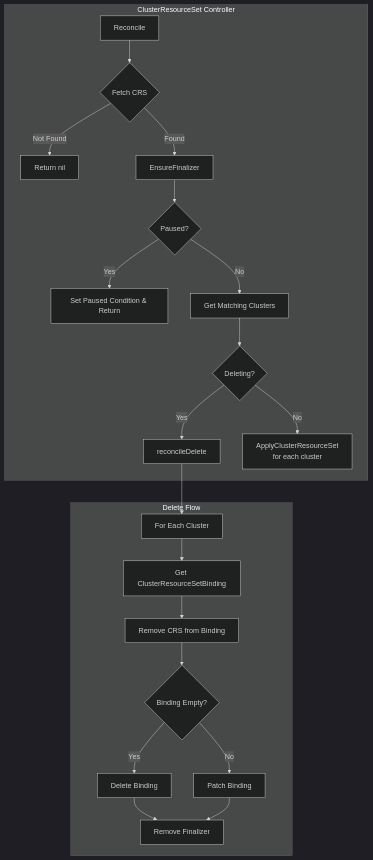
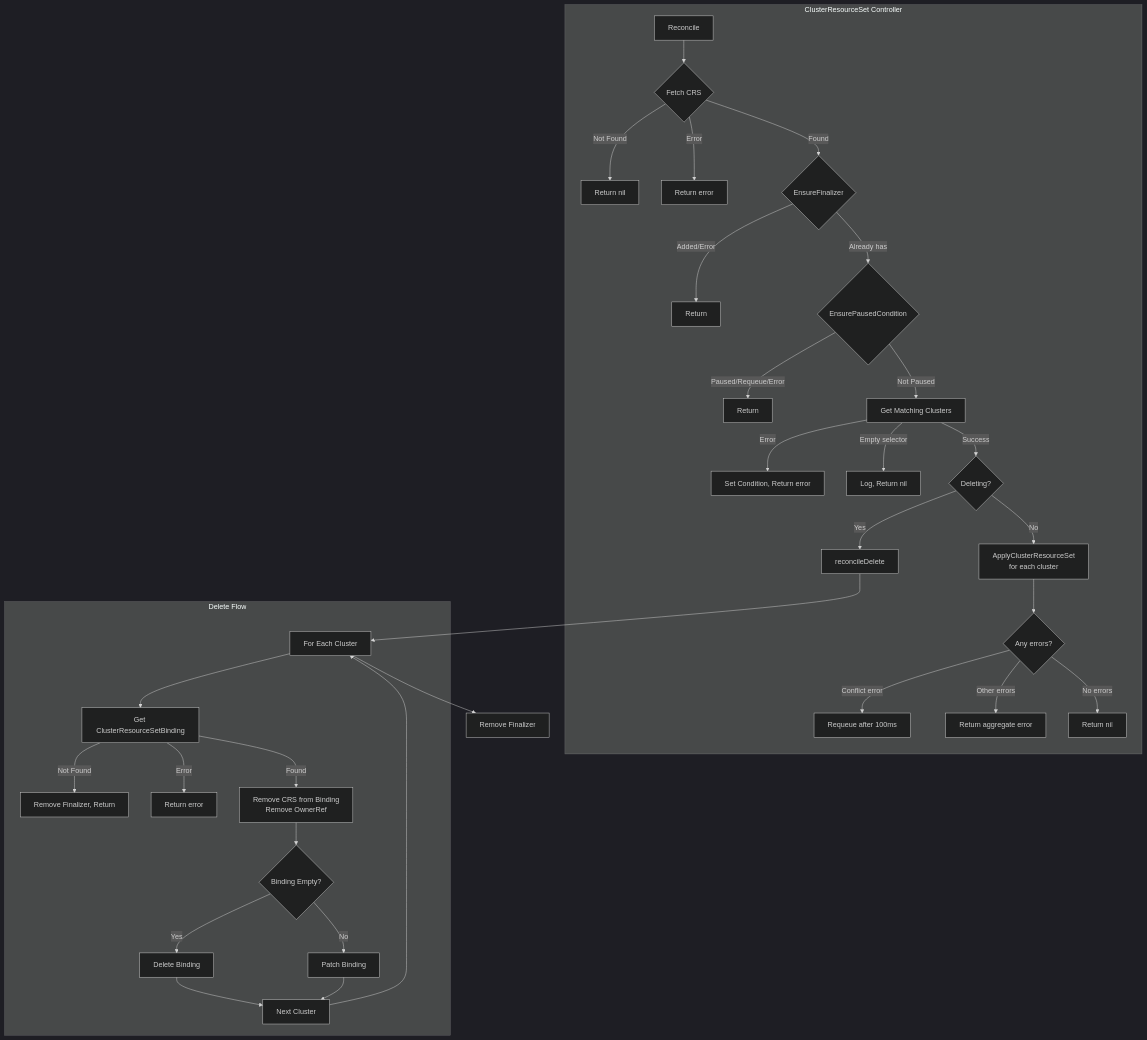
Before and after one commit to seanyen/cluster-api: the first of 9 diagrams in ai-gen/internal/controllers/clusterresourceset_controller.md, drawn with Mermaid (dark theme). The commit also changed other lines of this file and 8 other files, not shown here.

````diff
--- a/ai-gen/internal/controllers/clusterresourceset_controller.md
+++ b/ai-gen/internal/controllers/clusterresourceset_controller.md
@@ -7,25 +7,37 @@
 ```mermaid
 flowchart TB
     subgraph "ClusterResourceSet Controller"
         R[Reconcile] --> F{Fetch CRS}
         F -->|Not Found| End[Return nil]
-        F -->|Found| Fin[EnsureFinalizer]
-        Fin --> P{Paused?}
-        P -->|Yes| PC[Set Paused Condition & Return]
-        P -->|No| GC[Get Matching Clusters]
-        GC --> D{Deleting?}
+        F -->|Error| Err[Return error]
+        F -->|Found| Fin{EnsureFinalizer}
+        Fin -->|Added/Error| FinRet[Return]
+        Fin -->|Already has| P{EnsurePausedCondition}
+        P -->|Paused/Requeue/Error| PC[Return]
+        P -->|Not Paused| GC[Get Matching Clusters]
+        GC -->|Error| GCE[Set Condition, Return error]
+        GC -->|Empty selector| GCN[Log, Return nil]
+        GC -->|Success| D{Deleting?}
         D -->|Yes| RD[reconcileDelete]
         D -->|No| RN[ApplyClusterResourceSet<br/>for each cluster]
+        RN --> AE{Any errors?}
+        AE -->|Conflict error| RQ[Requeue after 100ms]
+        AE -->|Other errors| AG[Return aggregate error]
+        AE -->|No errors| OK[Return nil]
     end
     
     subgraph "Delete Flow"
         RD --> FB[For Each Cluster]
         FB --> GB[Get ClusterResourceSetBinding]
-        GB --> RB[Remove CRS from Binding]
+        GB -->|Not Found| RF1[Remove Finalizer, Return]
+        GB -->|Error| RDE[Return error]
+        GB -->|Found| RB[Remove CRS from Binding<br/>Remove OwnerRef]
         RB --> CB{Binding Empty?}
         CB -->|Yes| DB[Delete Binding]
         CB -->|No| PB[Patch Binding]
-        DB --> RF[Remove Finalizer]
-        PB --> RF
+        DB --> NX[Next Cluster]
+        PB --> NX
+        NX --> FB
     end
+    FB --> RF[Remove Finalizer]
 ```
````
